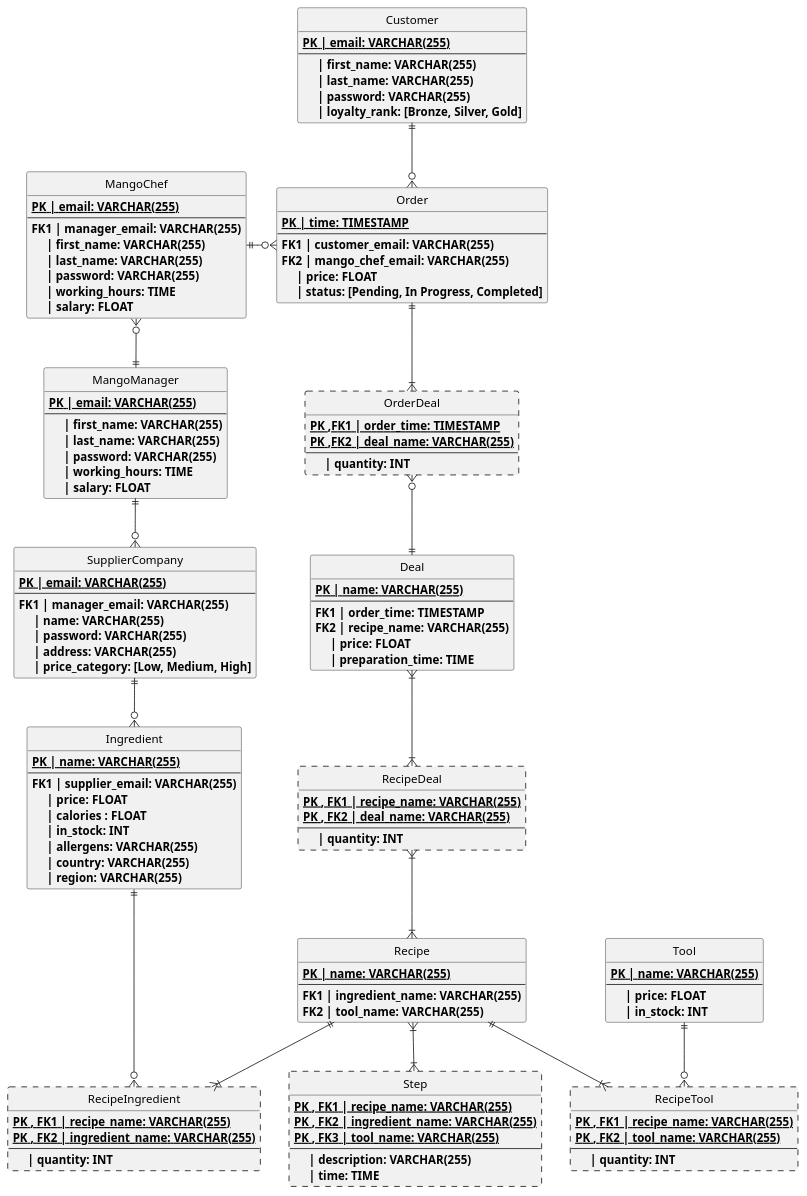
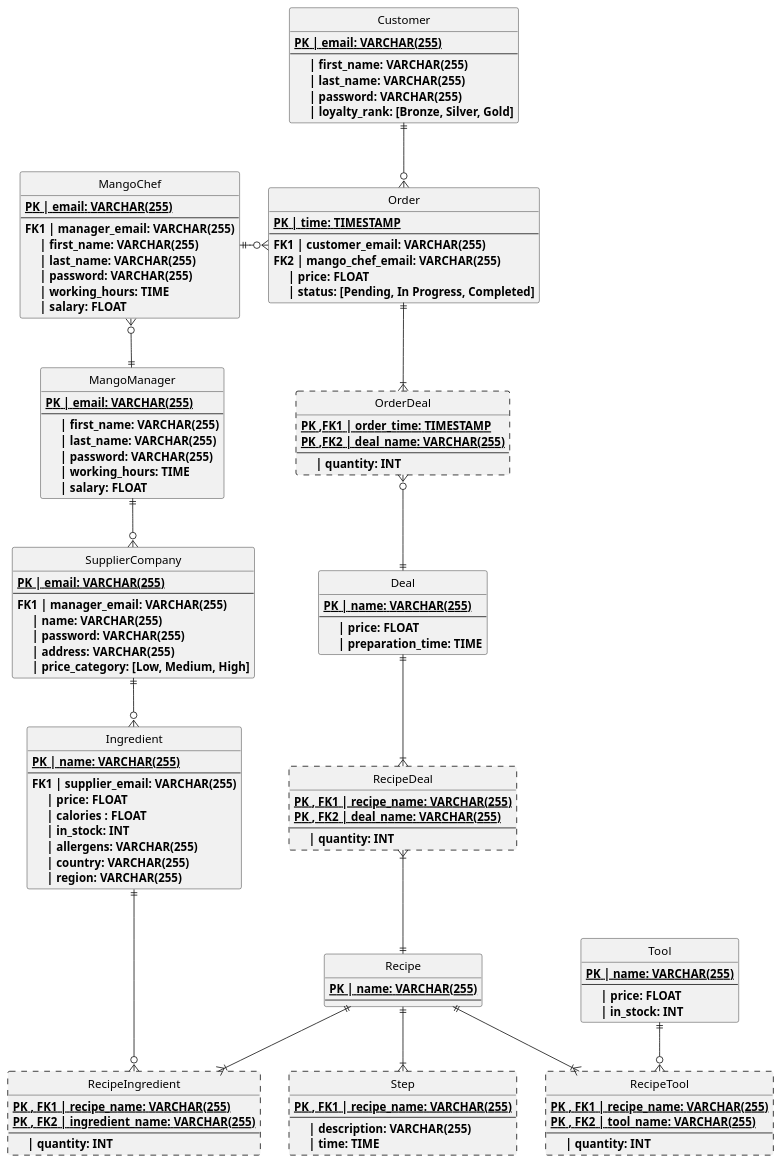
Before and after one commit to MorganKryze/MangoDB: the diagram in Diagrams/src/Table.puml, drawn with PlantUML. The commit also changed 2 other files, not shown here.

Commit message:
📖 update diagram

```diff
--- a/Diagrams/src/Table.puml
+++ b/Diagrams/src/Table.puml
@@ -1,158 +1,152 @@
 @startuml Diagram of MangoDB
 Hide circle
 
 entity Customer
 {
     {static}<b>PK | email: VARCHAR(255)
     --
     <b>     | first_name: VARCHAR(255)
     <b>     | last_name: VARCHAR(255)
     <b>     | password: VARCHAR(255)
     <b>     | loyalty_rank: [Bronze, Silver, Gold]
 }
 
 entity Order
 {
     {static}<b>PK | time: TIMESTAMP
     --
     <b>FK1 | customer_email: VARCHAR(255)
     <b>FK2 | mango_chef_email: VARCHAR(255)
     <b>     | price: FLOAT
     <b>     | status: [Pending, In Progress, Completed]
 }
 
 entity OrderDeal ##[dashed]
 {
     {static}<b>PK ,FK1 | order_time: TIMESTAMP
     {static}<b>PK ,FK2 | deal_name: VARCHAR(255)
     --
     <b>     | quantity: INT
 }
 
 entity Deal
 {
     {static}<b>PK | name: VARCHAR(255)
     --
-    <b>FK1 | order_time: TIMESTAMP
-    <b>FK2 | recipe_name: VARCHAR(255)
     <b>     | price: FLOAT
     <b>     | preparation_time: TIME
 }
 
 entity RecipeDeal ##[dashed]
 {
     {static}<b>PK , FK1 | recipe_name: VARCHAR(255)
     {static}<b>PK , FK2 | deal_name: VARCHAR(255)
     --
     <b>     | quantity: INT
 }
 
 entity Recipe
 {
     {static}<b>PK | name: VARCHAR(255)
     --
-    <b>FK1 | ingredient_name: VARCHAR(255)
-    <b>FK2 | tool_name: VARCHAR(255)
 }
 
 entity Step ##[dashed]
 {
     {static}<b>PK , FK1 | recipe_name: VARCHAR(255)
-    {static}<b>PK , FK2 | ingredient_name: VARCHAR(255)
-    {static}<b>PK , FK3 | tool_name: VARCHAR(255)
     --
     <b>     | description: VARCHAR(255)
     <b>     | time: TIME
 }
 
 entity RecipeIngredient ##[dashed]
 {
     {static}<b>PK , FK1 | recipe_name: VARCHAR(255)
     {static}<b>PK , FK2 | ingredient_name: VARCHAR(255)
     --
     <b>     | quantity: INT
 }
 
 entity RecipeTool ##[dashed]
 {
     {static}<b>PK , FK1 | recipe_name: VARCHAR(255)
     {static}<b>PK , FK2 | tool_name: VARCHAR(255)
     --
     <b>     | quantity: INT
 }
 
 entity Ingredient
 {
     {static}<b>PK | name: VARCHAR(255)
     --
     <b>FK1 | supplier_email: VARCHAR(255) 
     <b>     | price: FLOAT
     <b>     | calories : FLOAT
     <b>     | in_stock: INT
     <b>     | allergens: VARCHAR(255)
     <b>     | country: VARCHAR(255)
     <b>     | region: VARCHAR(255)
 }
 
 entity Tool
 {
     {static}<b>PK | name: VARCHAR(255)
     --
     <b>     | price: FLOAT
     <b>     | in_stock: INT
 }
 
 
 entity SupplierCompany
 {   
     {static}<b>PK | email: VARCHAR(255)
     --
     <b>FK1 | manager_email: VARCHAR(255)
     <b>     | name: VARCHAR(255)
     <b>     | password: VARCHAR(255)
     <b>     | address: VARCHAR(255)
     <b>     | price_category: [Low, Medium, High]
 }
 
 entity MangoChef
 {
     {static}<b>PK | email: VARCHAR(255)
     --
     <b>FK1 | manager_email: VARCHAR(255)
     <b>     | first_name: VARCHAR(255)
     <b>     | last_name: VARCHAR(255)
     <b>     | password: VARCHAR(255)
     <b>     | working_hours: TIME
     <b>     | salary: FLOAT
 }
 
 entity MangoManager
 {
     {static}<b>PK | email: VARCHAR(255)
     --
     <b>     | first_name: VARCHAR(255)
     <b>     | last_name: VARCHAR(255)
     <b>     | password: VARCHAR(255)
     <b>     | working_hours: TIME
     <b>     | salary: FLOAT
 }
 
 MangoManager ||-down-o{ SupplierCompany
 MangoManager ||-up-o{ MangoChef
 MangoChef ||-right-o{ Order
 
 SupplierCompany ||-down-o{ Ingredient
 
 Customer ||-down-o{ Order
 Order  ||-down-|{ OrderDeal
 OrderDeal }o-down-|| Deal
 
 Recipe ||-down-|{ RecipeIngredient
 RecipeIngredient }o-up-|| Ingredient
 Recipe ||-down-|{ RecipeTool
 RecipeTool }o-up-|| Tool
 
-Recipe }|-down-|{ Step
-Deal }|-down-|{ RecipeDeal
-Recipe }|-up-|{ RecipeDeal
+Recipe ||-down-|{ Step
+Deal ||-down-|{ RecipeDeal
+Recipe ||-up-|{ RecipeDeal
 @enduml
```
